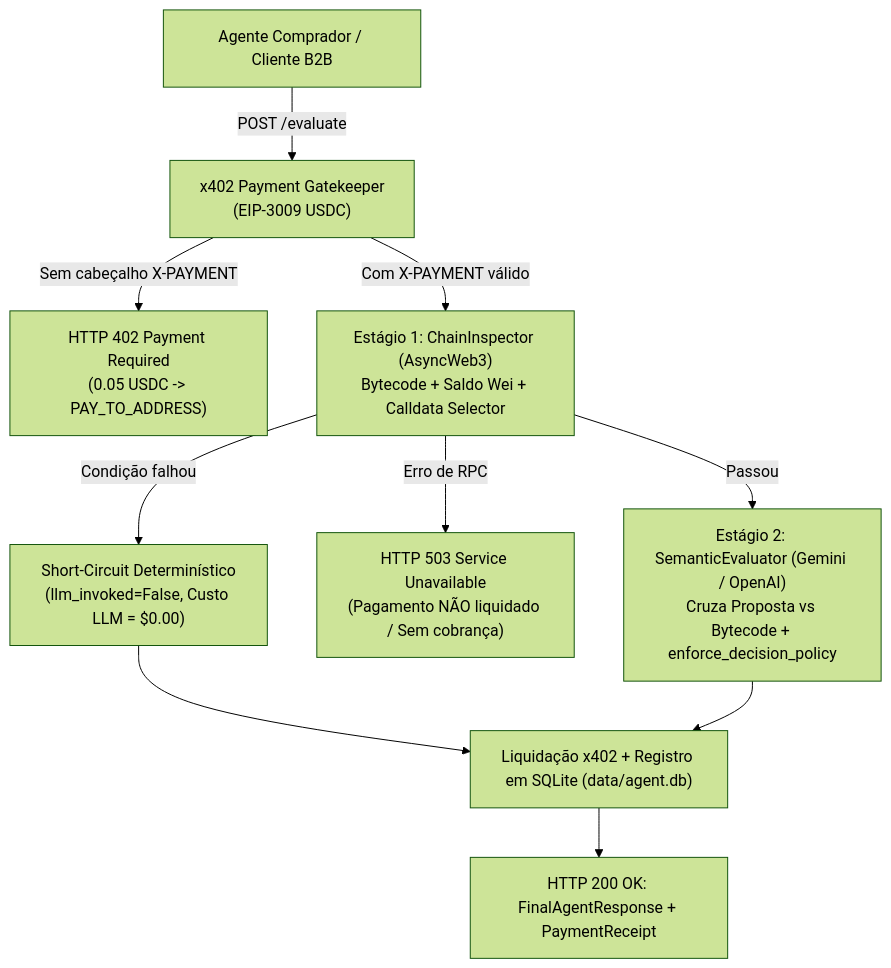
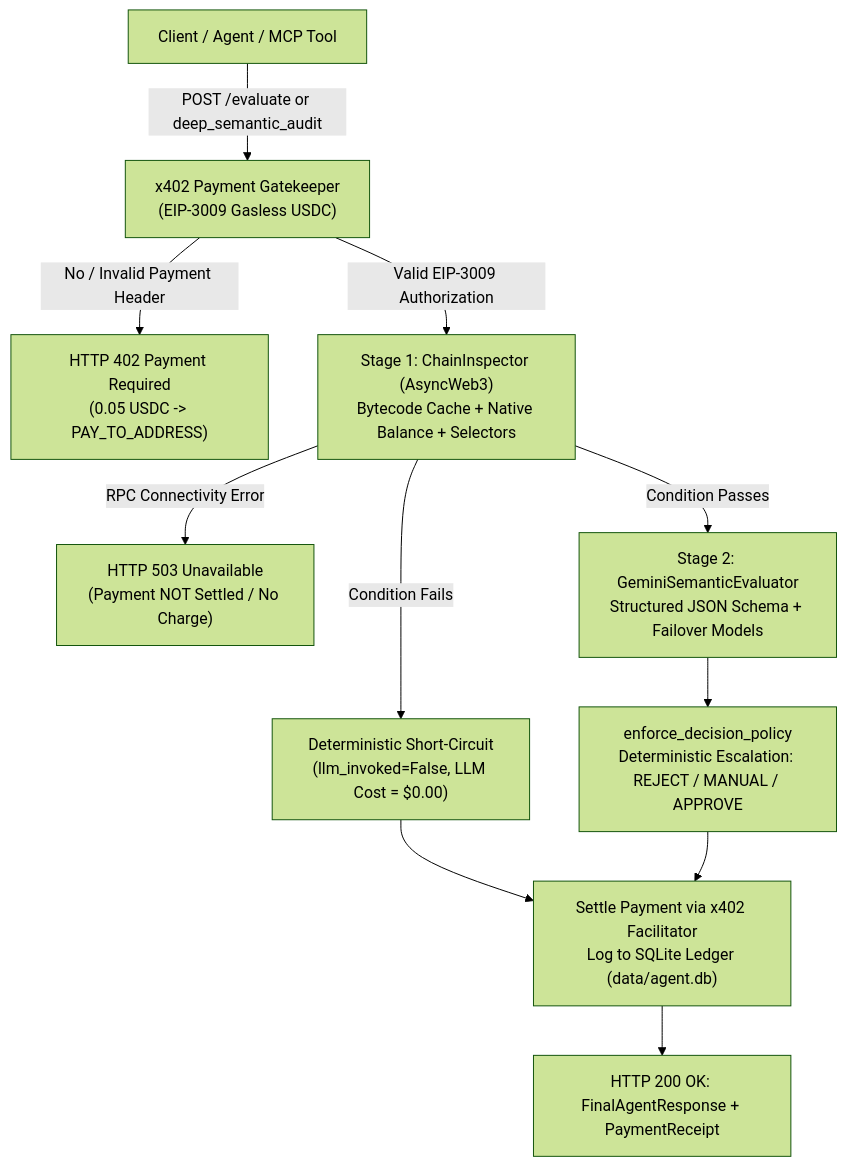
The diagram in README.md (RafaCoelho33/web3-systemic-agent), drawn with Mermaid (forest theme) before and after one commit. The commit also changed other lines of this file and 6 other files, not shown here.

Commit message:
feat(mcp): add Web3 Systemic Agent MCP server, directory manifests, and Gemini 429 multi-model failover

````diff
--- a/README.md
+++ b/README.md
@@ -52,12 +215,13 @@
 ```mermaid
 flowchart TD
-    Client["Agente Comprador / Cliente B2B"] -->|POST /evaluate| Gate["x402 Payment Gatekeeper\n(EIP-3009 USDC)"]
-    Gate -->|Sem cabeçalho X-PAYMENT| R402["HTTP 402 Payment Required\n(0.05 USDC -> PAY_TO_ADDRESS)"]
-    Gate -->|Com X-PAYMENT válido| S1["Estágio 1: ChainInspector (AsyncWeb3)\nBytecode + Saldo Wei + Calldata Selector"]
-    S1 -->|Condição falhou| ShortCircuit["Short-Circuit Determinístico\n(llm_invoked=False, Custo LLM = $0.00)"]
-    S1 -->|Erro de RPC| Err503["HTTP 503 Service Unavailable\n(Pagamento NÃO liquidado / Sem cobrança)"]
-    S1 -->|Passou| S2["Estágio 2: SemanticEvaluator (Gemini / OpenAI)\nCruza Proposta vs Bytecode + enforce_decision_policy"]
-    ShortCircuit --> Settle["Liquidação x402 + Registro em SQLite (data/agent.db)"]
-    S2 --> Settle
+    Client["Client / Agent / MCP Tool"] -->|POST /evaluate or deep_semantic_audit| Gate["x402 Payment Gatekeeper\n(EIP-3009 Gasless USDC)"]
+    Gate -->|No / Invalid Payment Header| R402["HTTP 402 Payment Required\n(0.05 USDC -> PAY_TO_ADDRESS)"]
+    Gate -->|Valid EIP-3009 Authorization| S1["Stage 1: ChainInspector (AsyncWeb3)\nBytecode Cache + Native Balance + Selectors"]
+    S1 -->|Condition Fails| ShortCircuit["Deterministic Short-Circuit\n(llm_invoked=False, LLM Cost = $0.00)"]
+    S1 -->|RPC Connectivity Error| Err503["HTTP 503 Unavailable\n(Payment NOT Settled / No Charge)"]
+    S1 -->|Condition Passes| S2["Stage 2: GeminiSemanticEvaluator\nStructured JSON Schema + Failover Models"]
+    S2 --> Policy["enforce_decision_policy\nDeterministic Escalation: REJECT / MANUAL / APPROVE"]
+    ShortCircuit --> Settle["Settle Payment via x402 Facilitator\nLog to SQLite Ledger (data/agent.db)"]
+    Policy --> Settle
     Settle --> Resp["HTTP 200 OK: FinalAgentResponse + PaymentReceipt"]
 ```
````
